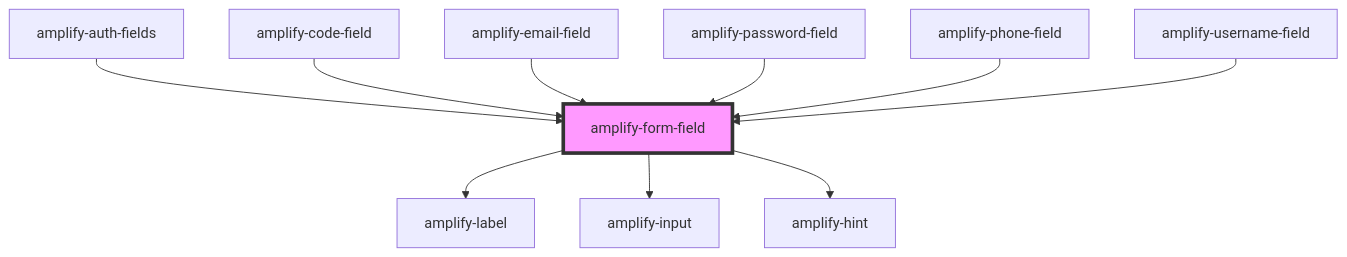
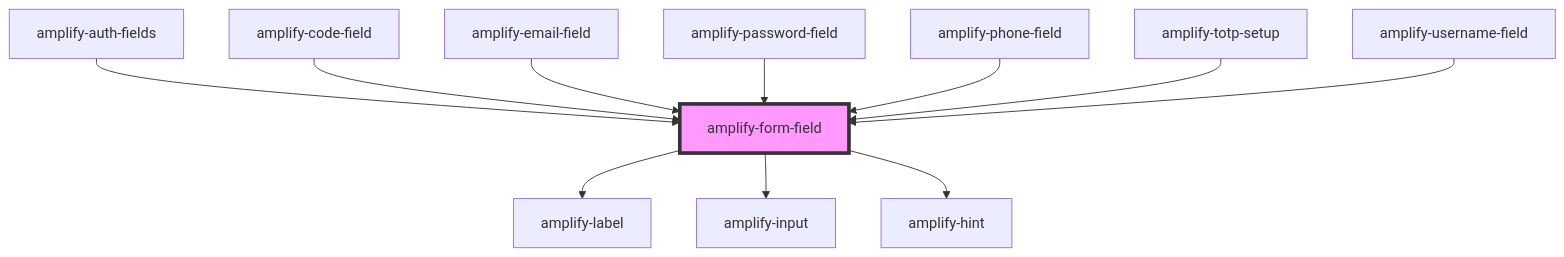
Before and after one commit to OneDev0411/amplify-js: the diagram in packages/amplify-ui-components/src/components/amplify-form-field/readme.md, drawn with Mermaid. The commit also changed other lines of this file and 30 other files, not shown here.

First line of the commit message:
feat: (@aws-amplify/ui-components) TOTP / Select MFA Type Components (#4548)

````diff
--- a/packages/amplify-ui-components/src/components/amplify-form-field/readme.md
+++ b/packages/amplify-ui-components/src/components/amplify-form-field/readme.md
@@ -43,13 +44,14 @@
 ```mermaid
 graph TD;
   amplify-form-field --> amplify-label
   amplify-form-field --> amplify-input
   amplify-form-field --> amplify-hint
   amplify-auth-fields --> amplify-form-field
   amplify-code-field --> amplify-form-field
   amplify-email-field --> amplify-form-field
   amplify-password-field --> amplify-form-field
   amplify-phone-field --> amplify-form-field
+  amplify-totp-setup --> amplify-form-field
   amplify-username-field --> amplify-form-field
   style amplify-form-field fill:#f9f,stroke:#333,stroke-width:4px
 ```
````
